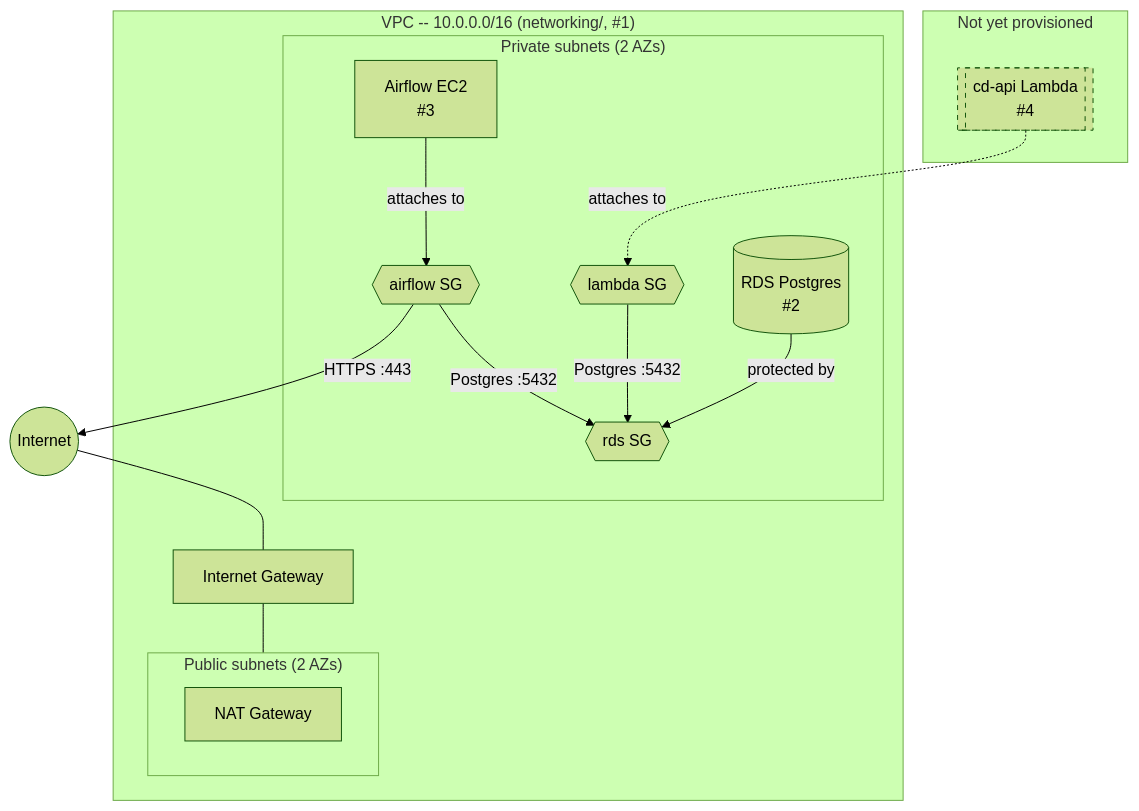
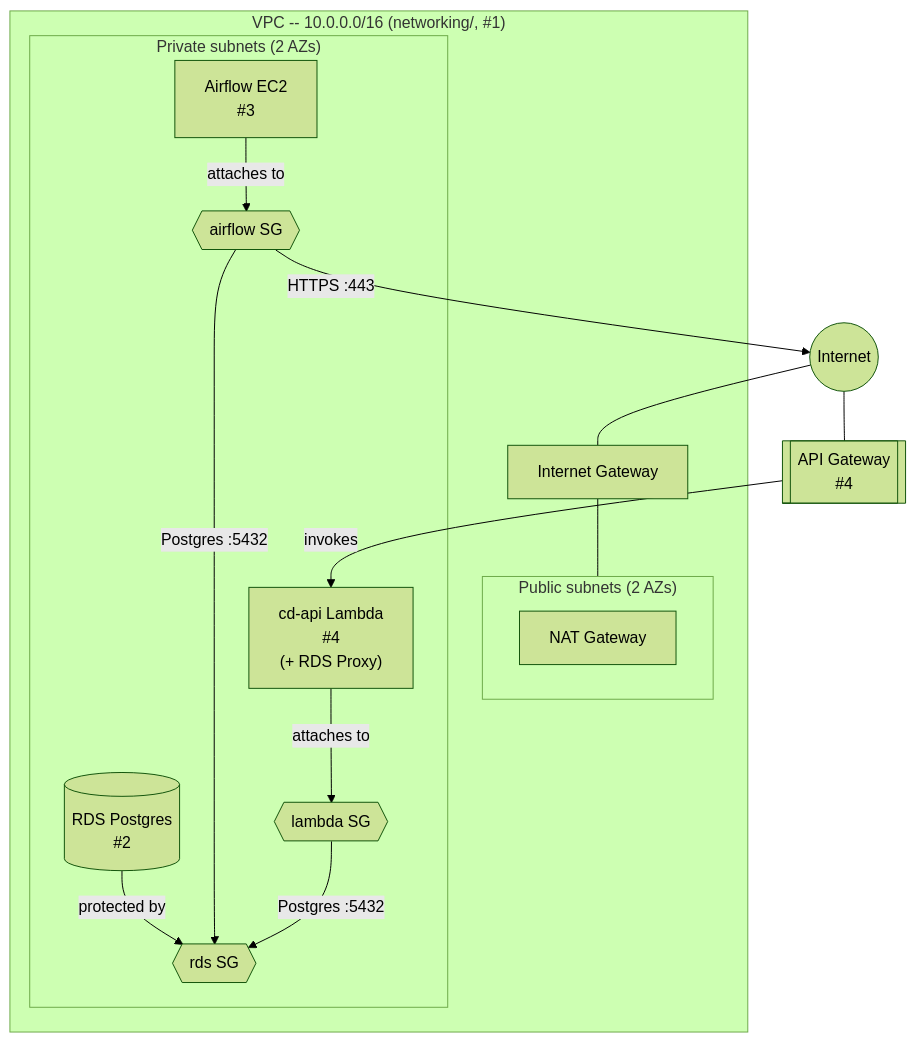
Before and after one commit to rchacon/cd-infra: the diagram in README.md, drawn with Mermaid (forest theme). The commit also changed other lines of this file and 11 other files, not shown here.

````diff
--- a/README.md
+++ b/README.md
@@ -8,38 +8,35 @@
 ```mermaid
 flowchart TB
     internet(("Internet"))
+    apigw[["API Gateway<br/>#4"]]
 
     subgraph vpc["VPC -- 10.0.0.0/16 (networking/, #1)"]
         igw["Internet Gateway"]
 
         subgraph pub["Public subnets (2 AZs)"]
             nat["NAT Gateway"]
         end
 
         subgraph priv["Private subnets (2 AZs)"]
             rds_sg{{"rds SG"}}
             airflow_sg{{"airflow SG"}}
             lambda_sg{{"lambda SG"}}
             rds[("RDS Postgres<br/>#2")]
             airflow["Airflow EC2<br/>#3"]
+            lambda["cd-api Lambda<br/>#4<br/>(+ RDS Proxy)"]
         end
-    end
-
-    subgraph future["Not yet provisioned"]
-        lambda[["cd-api Lambda<br/>#4"]]
     end
 
     internet --- igw
     igw --- pub
+    internet --- apigw
+    apigw -- invokes --> lambda
 
     rds -- protected by --> rds_sg
     airflow -- attaches to --> airflow_sg
-    lambda -. attaches to .-> lambda_sg
+    lambda -- attaches to --> lambda_sg
 
     airflow_sg -- "HTTPS :443" --> internet
     airflow_sg -- "Postgres :5432" --> rds_sg
     lambda_sg -- "Postgres :5432" --> rds_sg
-
-    classDef planned stroke-dasharray: 5 5
-    class lambda planned
 ```
````
